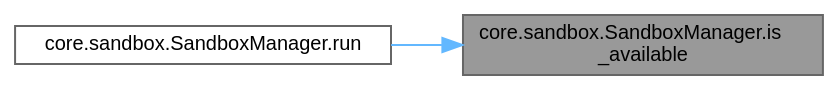
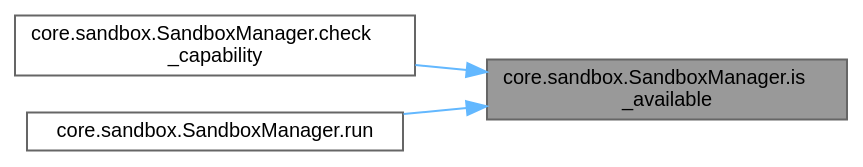
One commit to EdgeOfAssembly/AXE changed the diagram in llm_prep/dot_graphs_doxygen/classcore_1_1sandbox_1_1SandboxManager_ae0139e54ec4099aafd66e88ad6a2306f_icgraph.dot. Above: the diagram before and after it, drawn with Graphviz. The commit also changed 1326 other files, not shown here.

```diff
--- a/llm_prep/dot_graphs_doxygen/classcore_1_1sandbox_1_1SandboxManager_ae0139e54ec4099aafd66e88ad6a2306f_icgraph.dot
+++ b/llm_prep/dot_graphs_doxygen/classcore_1_1sandbox_1_1SandboxManager_ae0139e54ec4099aafd66e88ad6a2306f_icgraph.dot
@@ -1,11 +1,13 @@
 digraph "core.sandbox.SandboxManager.is_available"
 {
  // LATEX_PDF_SIZE
   bgcolor="transparent";
   edge [fontname=Helvetica,fontsize=10,labelfontname=Helvetica,labelfontsize=10];
   node [fontname=Helvetica,fontsize=10,shape=box,height=0.2,width=0.4];
   rankdir="RL";
   Node1 [id="Node000001",label="core.sandbox.SandboxManager.is\l_available",height=0.2,width=0.4,color="gray40", fillcolor="grey60", style="filled", fontcolor="black",tooltip=" "];
   Node1 -> Node2 [id="edge1_Node000001_Node000002",dir="back",color="steelblue1",style="solid",tooltip=" "];
-  Node2 [id="Node000002",label="core.sandbox.SandboxManager.run",height=0.2,width=0.4,color="grey40", fillcolor="white", style="filled",URL="$classcore_1_1sandbox_1_1SandboxManager.html#ae2afdf199a31e056780d21e8442d9ddf",tooltip=" "];
+  Node2 [id="Node000002",label="core.sandbox.SandboxManager.check\l_capability",height=0.2,width=0.4,color="grey40", fillcolor="white", style="filled",URL="$classcore_1_1sandbox_1_1SandboxManager.html#a11837b6ba86746dc0c5400111b54d26f",tooltip=" "];
+  Node1 -> Node3 [id="edge2_Node000001_Node000003",dir="back",color="steelblue1",style="solid",tooltip=" "];
+  Node3 [id="Node000003",label="core.sandbox.SandboxManager.run",height=0.2,width=0.4,color="grey40", fillcolor="white", style="filled",URL="$classcore_1_1sandbox_1_1SandboxManager.html#ae2afdf199a31e056780d21e8442d9ddf",tooltip=" "];
 }
```
